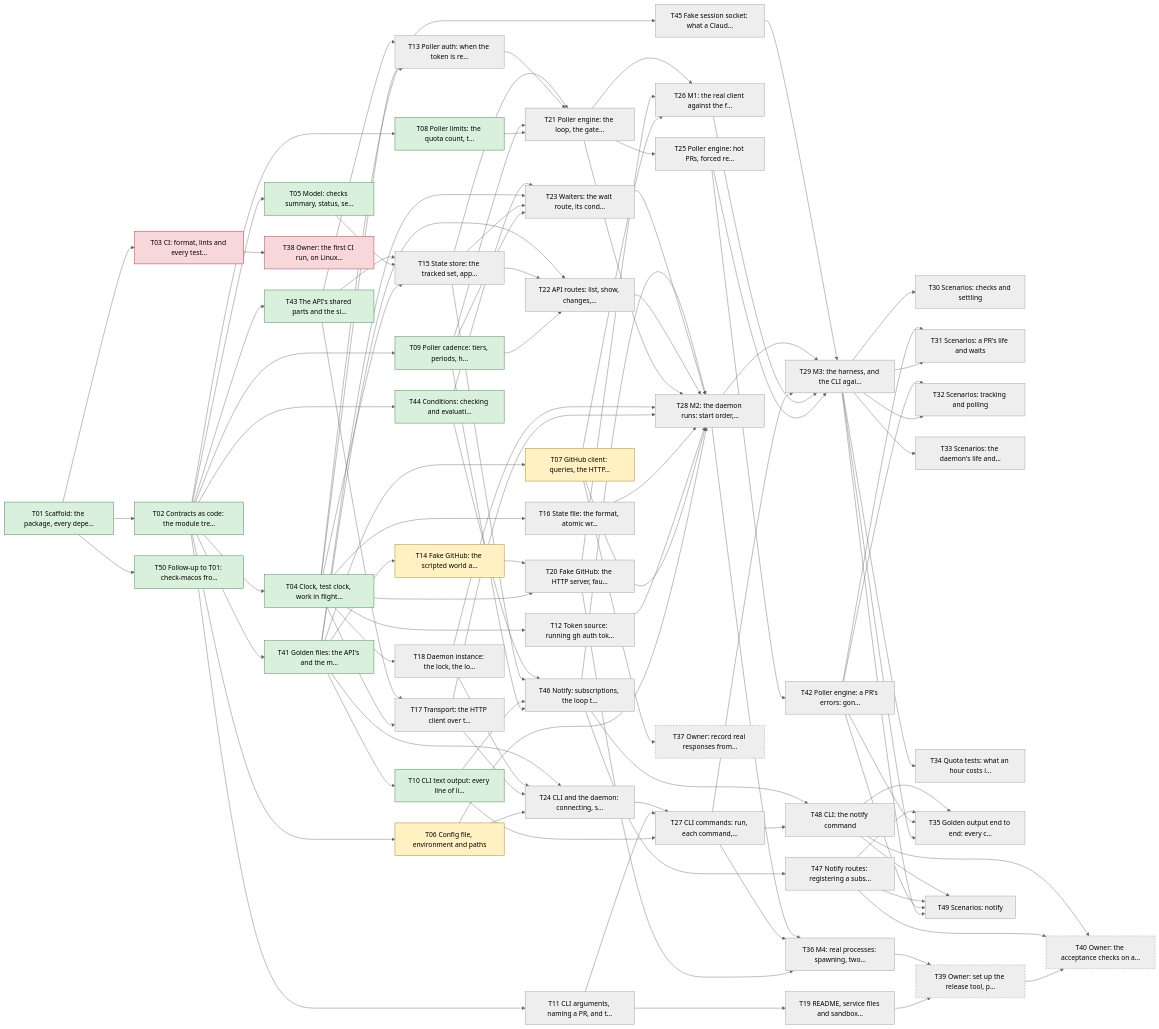
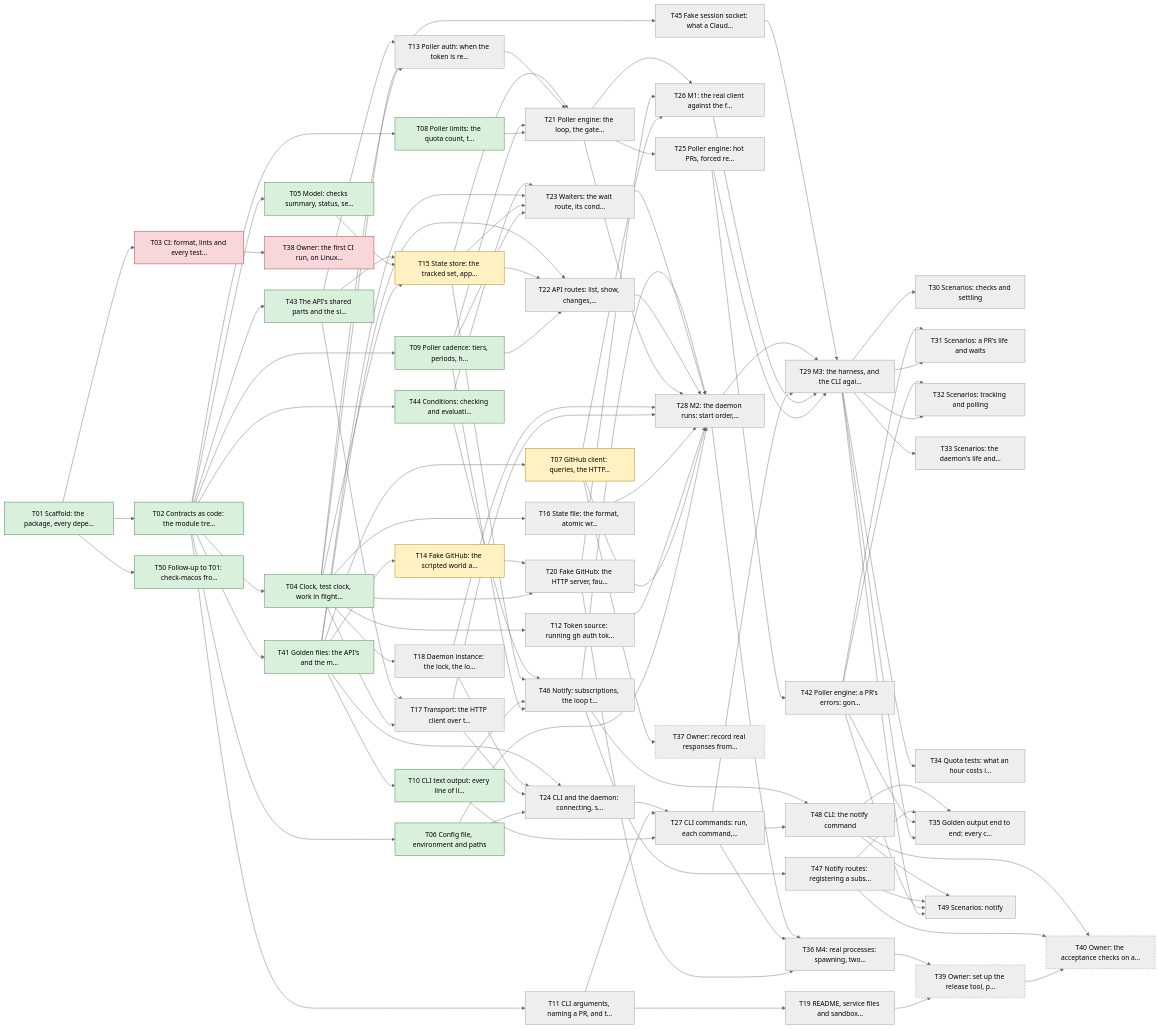
Before and after one commit to yachiko/circitor: the diagram in plan/README.md, drawn with Mermaid (neutral theme). The commit also changed other lines of this file and 3 other files, not shown here.

```diff
--- a/plan/README.md
+++ b/plan/README.md
@@ -142,7 +142,7 @@
   T03["T03 CI: format, lints and every test…"]:::blocked
   T04["T04 Clock, test clock, work in flight…"]:::done
   T05["T05 Model: checks summary, status, se…"]:::done
-  T06["T06 Config file, environment and paths"]:::active
+  T06["T06 Config file, environment and paths"]:::done
   T07["T07 GitHub client: queries, the HTTP…"]:::active
   T08["T08 Poller limits: the quota count, t…"]:::done
   T09["T09 Poller cadence: tiers, periods, h…"]:::done
@@ -151,7 +151,7 @@
   T12["T12 Token source: running gh auth tok…"]
   T13["T13 Poller auth: when the token is re…"]
   T14["T14 Fake GitHub: the scripted world a…"]:::active
-  T15["T15 State store: the tracked set, app…"]
+  T15["T15 State store: the tracked set, app…"]:::active
   T16["T16 State file: the format, atomic wr…"]
   T17["T17 Transport: the HTTP client over t…"]
   T18["T18 Daemon instance: the lock, the lo…"]
```
